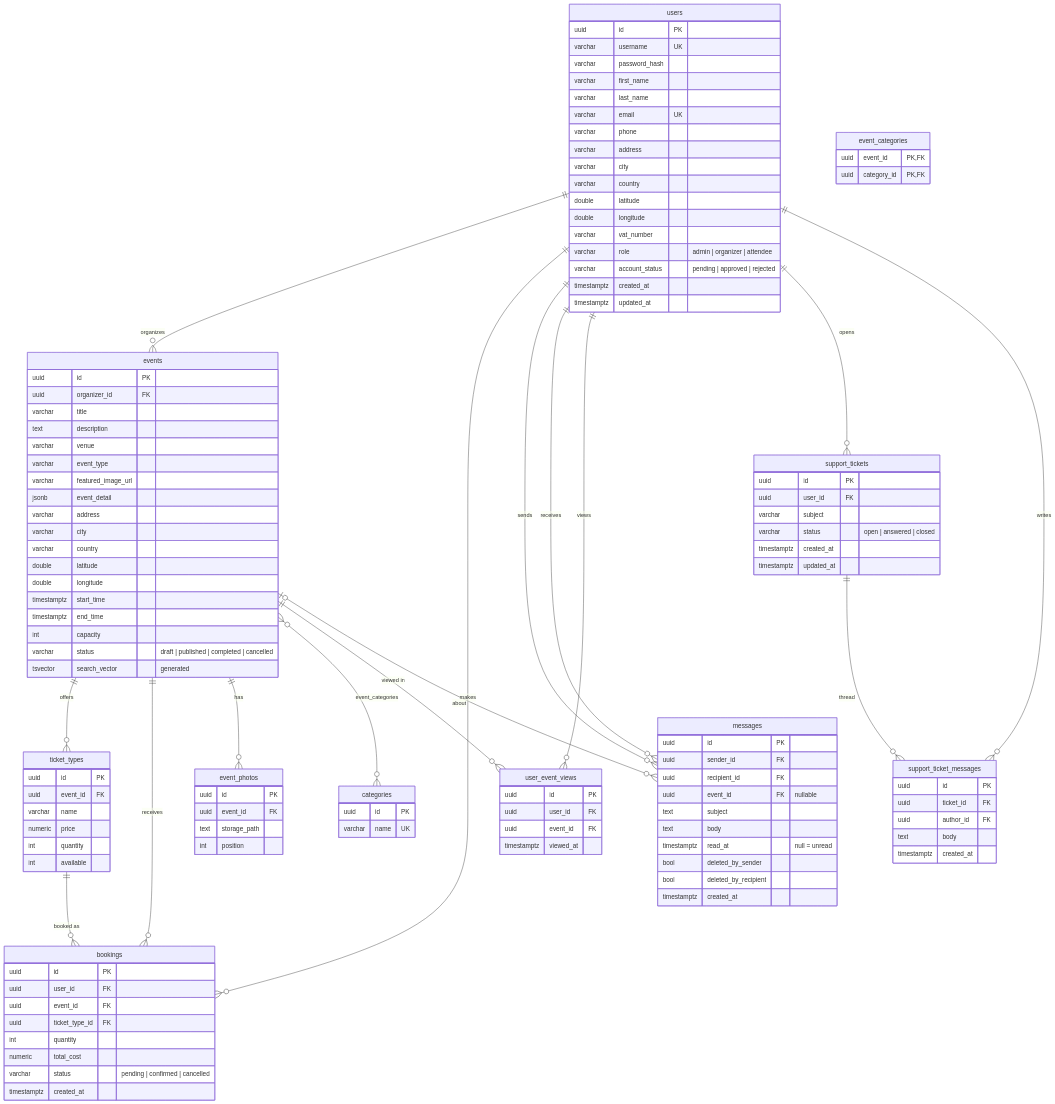
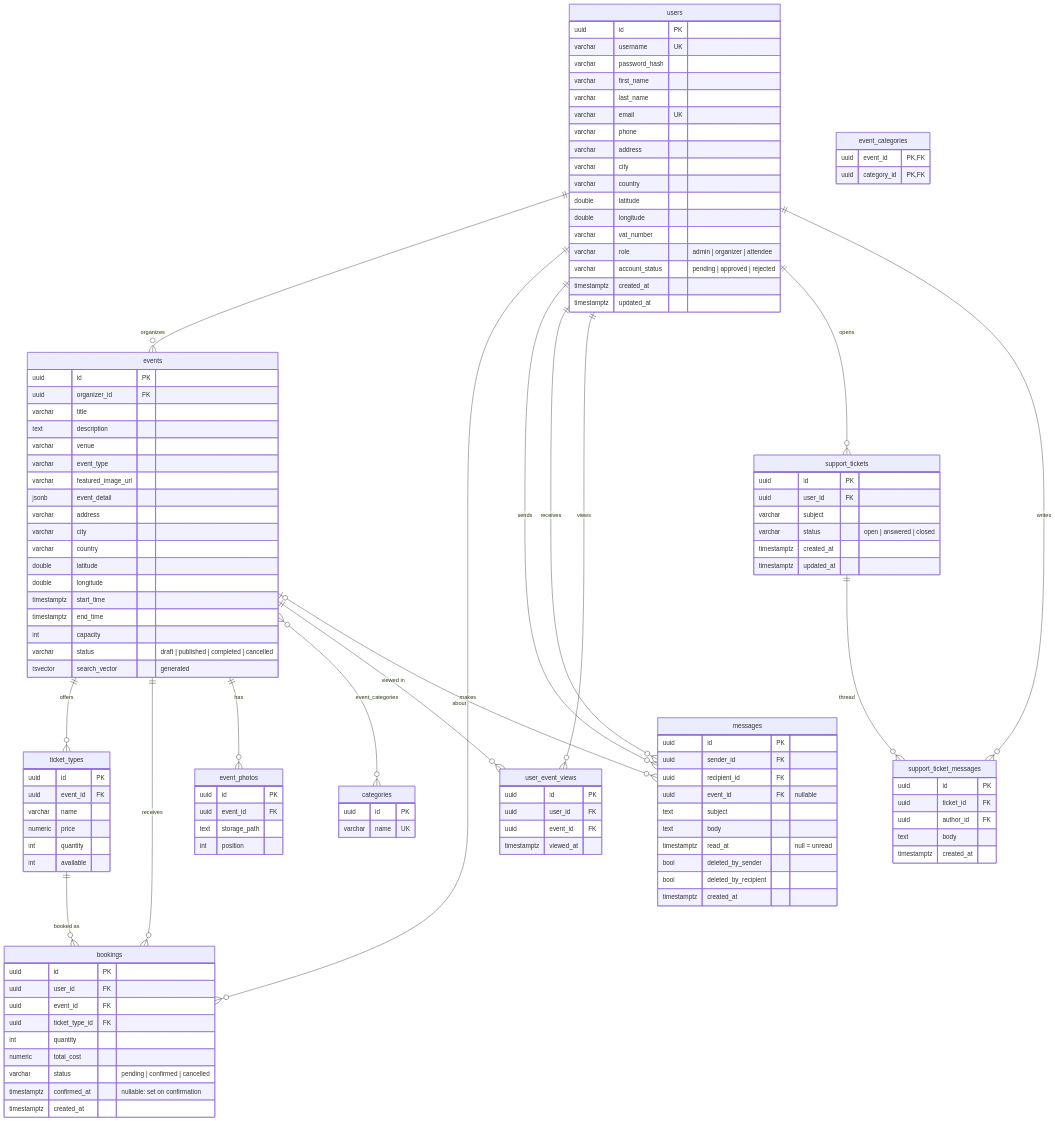
The diagram in docs/database.md (mgiannopoulos24/NexusTickets), drawn with Mermaid before and after one commit. The commit also changed 95 other files, not shown here.

```diff
--- a/docs/database.md
+++ b/docs/database.md
@@ -92,6 +92,7 @@
         int quantity
         numeric total_cost
         varchar status "pending | confirmed | cancelled"
+        timestamptz confirmed_at "nullable: set on confirmation"
         timestamptz created_at
     }
     messages {
```
